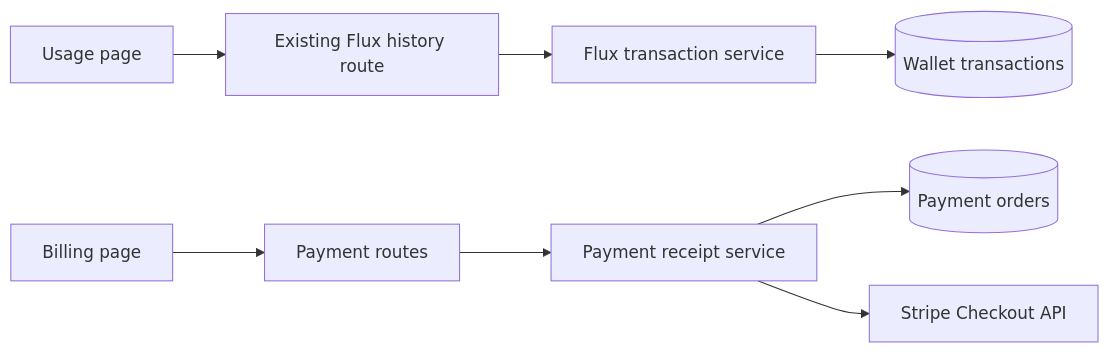
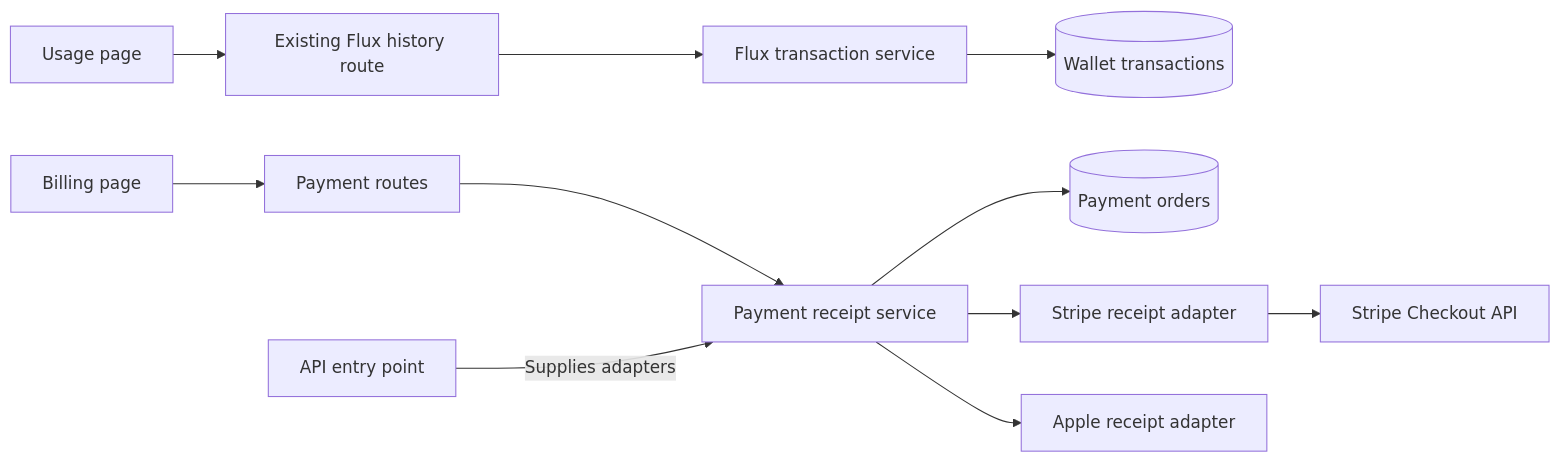
One commit to moeru-ai/airi changed the first of 2 diagrams in server/docs/ai/adr/2026-11-03-topup-order-receipts.md. Above: the diagram before and after it, drawn with Mermaid. The commit also changed other lines of this file and 14 other files, not shown here.

First line of the commit message:
refactor(payment): isolate receipt provider adapters

````diff
--- a/server/docs/ai/adr/2026-11-03-topup-order-receipts.md
+++ b/server/docs/ai/adr/2026-11-03-topup-order-receipts.md
@@ -45,10 +49,13 @@
 ```mermaid
 flowchart LR
   Usage[Usage page] --> HistoryRoute[Existing Flux history route]
   HistoryRoute --> History[Flux transaction service]
   History --> Wallet[(Wallet transactions)]
   Billing[Billing page] --> Payments[Payment routes]
   Payments --> Receipts[Payment receipt service]
+  App[API entry point] -->|Supplies adapters| Receipts
   Receipts --> Orders[(Payment orders)]
-  Receipts --> Stripe[Stripe Checkout API]
+  Receipts --> StripeReceipt[Stripe receipt adapter]
+  Receipts --> AppleReceipt[Apple receipt adapter]
+  StripeReceipt --> Stripe[Stripe Checkout API]
 ```
````
